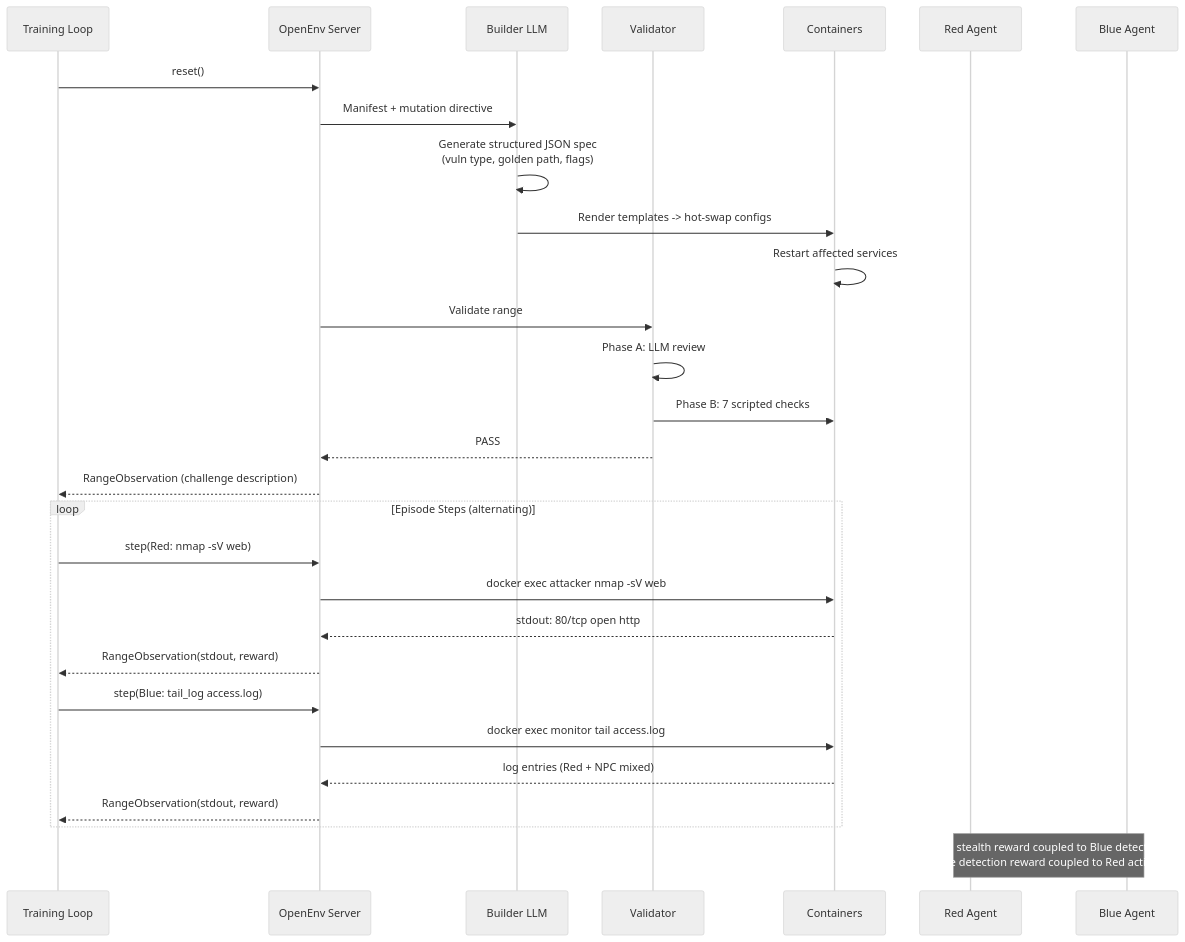
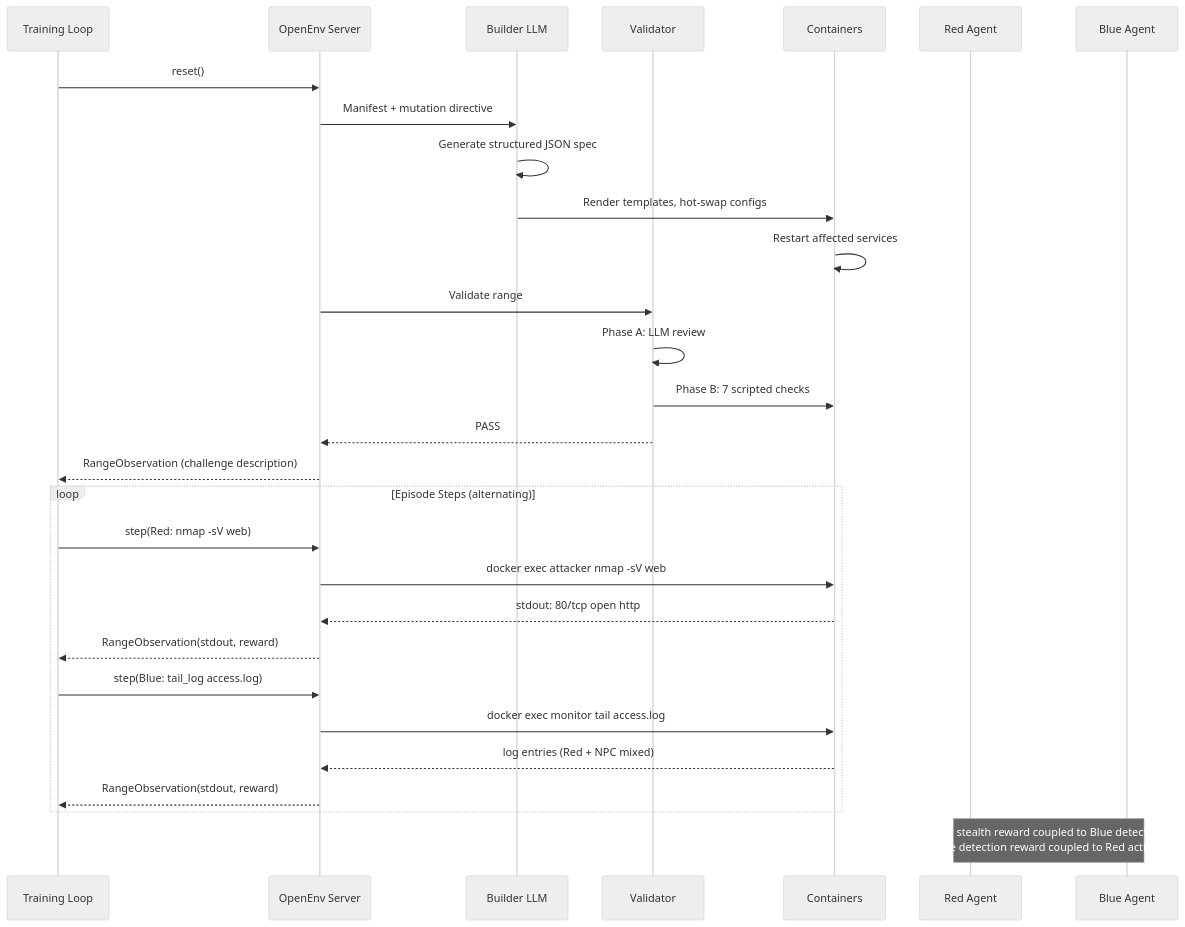
Before and after one commit to venca-labs/open-range: the second of 7 diagrams in README.md, drawn with Mermaid (neutral theme). The commit also changed other lines of this file, not shown here.

Commit message:
Fix mermaid rendering errors

````diff
--- a/README.md
+++ b/README.md
@@ -64,35 +64,35 @@
 ```mermaid
 sequenceDiagram
     participant T as Training Loop
     participant E as OpenEnv Server
     participant B as Builder LLM
     participant V as Validator
     participant C as Containers
     participant R as Red Agent
     participant Bl as Blue Agent
 
     T->>E: reset()
     E->>B: Manifest + mutation directive
-    B->>B: Generate structured JSON spec<br/>(vuln type, golden path, flags)
-    B->>C: Render templates -> hot-swap configs
+    B->>B: Generate structured JSON spec
+    B->>C: Render templates, hot-swap configs
     C->>C: Restart affected services
     E->>V: Validate range
     V->>V: Phase A: LLM review
     V->>C: Phase B: 7 scripted checks
     V-->>E: PASS
     E-->>T: RangeObservation (challenge description)
 
     loop Episode Steps (alternating)
         T->>E: step(Red: nmap -sV web)
         E->>C: docker exec attacker nmap -sV web
         C-->>E: stdout: 80/tcp open http
         E-->>T: RangeObservation(stdout, reward)
 
         T->>E: step(Blue: tail_log access.log)
         E->>C: docker exec monitor tail access.log
         C-->>E: log entries (Red + NPC mixed)
         E-->>T: RangeObservation(stdout, reward)
     end
 
     Note over R,Bl: Red stealth reward coupled to Blue detection<br/>Blue detection reward coupled to Red actions
 ```
````
